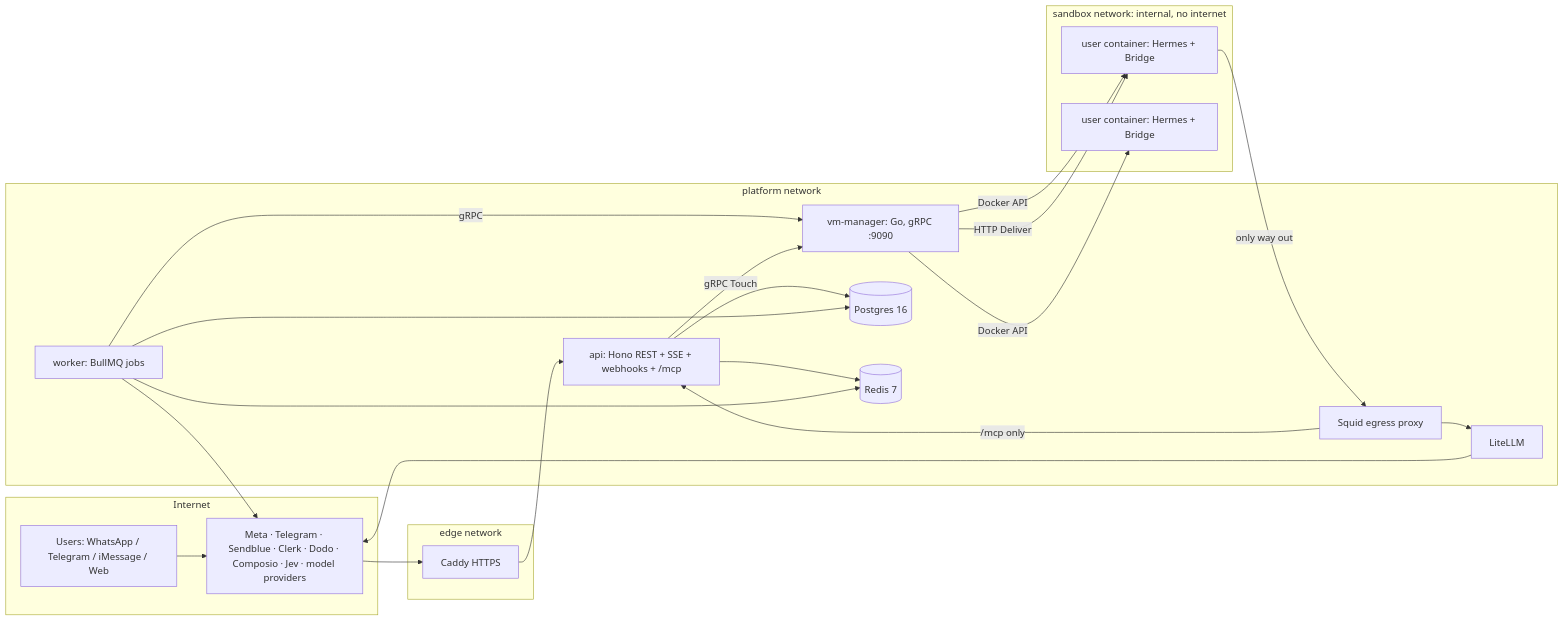
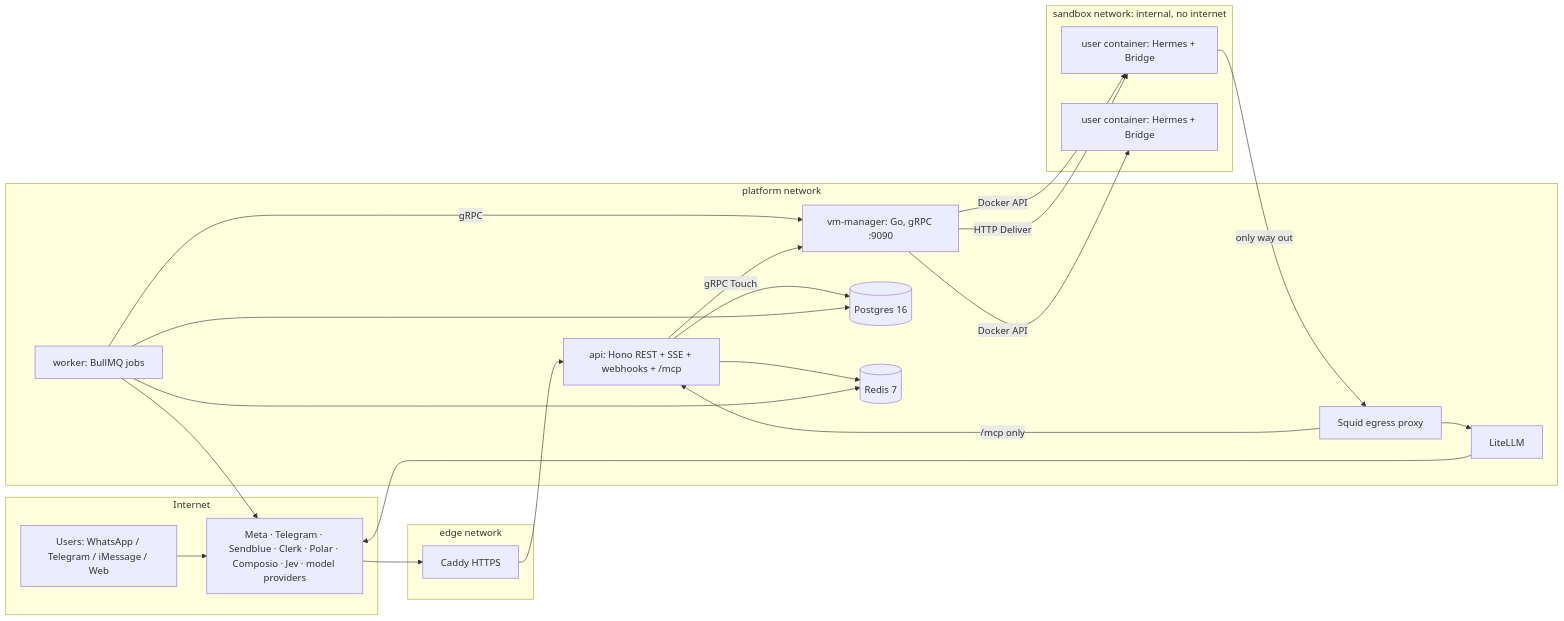
The first of 3 diagrams in docs/build-report.md (rahulCoder9417/personal-agent-beckend), drawn with Mermaid before and after one commit. The commit also changed other lines of this file and 6 other files, not shown here.

First line of the commit message:
docs: Polar replaces Dodo in the HLD, build report, system design and guides

````diff
--- a/docs/build-report.md
+++ b/docs/build-report.md
@@ -86,34 +86,34 @@
 ```mermaid
 flowchart LR
   subgraph Internet
     U[Users: WhatsApp / Telegram / iMessage / Web]
-    EXT[Meta · Telegram · Sendblue · Clerk · Dodo · Composio · Jev · model providers]
+    EXT[Meta · Telegram · Sendblue · Clerk · Polar · Composio · Jev · model providers]
   end
   subgraph edge[edge network]
     CADDY[Caddy HTTPS]
   end
   subgraph platform[platform network]
     API[api: Hono REST + SSE + webhooks + /mcp]
     WORKER[worker: BullMQ jobs]
     VMM[vm-manager: Go, gRPC :9090]
     PG[(Postgres 16)]
     REDIS[(Redis 7)]
     LLM[LiteLLM]
     PROXY[Squid egress proxy]
   end
   subgraph sandbox[sandbox network: internal, no internet]
     C1[user container: Hermes + Bridge]
     C2[user container: Hermes + Bridge]
   end
   U --> EXT --> CADDY --> API
   API --> PG & REDIS
   WORKER --> PG & REDIS & EXT
   WORKER -- gRPC --> VMM
   API -- gRPC Touch --> VMM
   VMM -- Docker API --> C1 & C2
   VMM -- HTTP Deliver --> C1
   C1 -- only way out --> PROXY
   PROXY --> LLM
   PROXY -- /mcp only --> API
   LLM --> EXT
 ```
````
